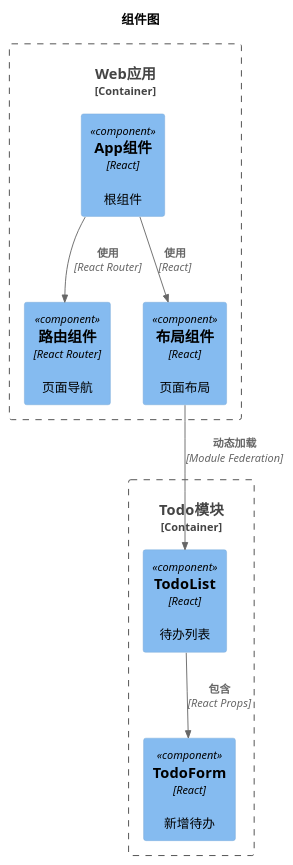
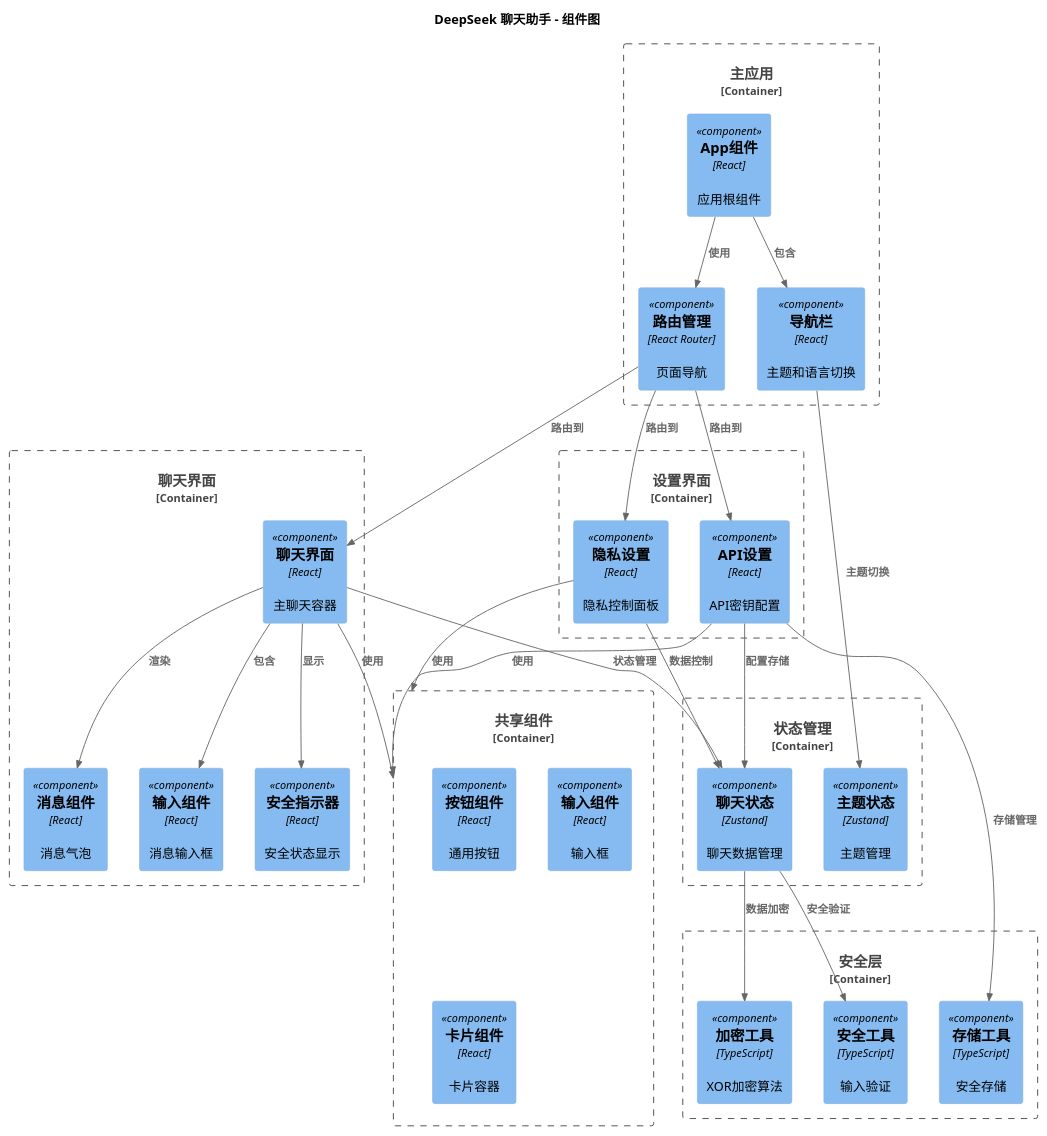
Before and after one commit to felixzhu97/micro-frontend-project: the diagram in docs/architecture/c4_component.puml, drawn with PlantUML. The commit also changed 4 other files, not shown here.

```diff
--- a/docs/architecture/c4_component.puml
+++ b/docs/architecture/c4_component.puml
@@ -1,21 +1,64 @@
 @startuml
 !include https://raw.githubusercontent.com/plantuml-stdlib/C4-PlantUML/master/C4_Component.puml
 
-title 组件图
+title DeepSeek 聊天助手 - 组件图
 
-Container_Boundary(web_app, "Web应用") {
-    Component(app, "App组件", "React", "根组件")
-    Component(router, "路由组件", "React Router", "页面导航")
-    Component(layout, "布局组件", "React", "页面布局")
+Container_Boundary(host_app, "主应用") {
+    Component(app, "App组件", "React", "应用根组件")
+    Component(router, "路由管理", "React Router", "页面导航")
+    Component(nav, "导航栏", "React", "主题和语言切换")
 }
 
-Container_Boundary(todo_module, "Todo模块") {
-    Component(todo_list, "TodoList", "React", "待办列表")
-    Component(todo_form, "TodoForm", "React", "新增待办")
+Container_Boundary(chat_ui, "聊天界面") {
+    Component(chat_interface, "聊天界面", "React", "主聊天容器")
+    Component(chat_message, "消息组件", "React", "消息气泡")
+    Component(chat_input, "输入组件", "React", "消息输入框")
+    Component(security_indicator, "安全指示器", "React", "安全状态显示")
 }
 
-Rel(app, router, "使用", "React Router")
-Rel(app, layout, "使用", "React")
-Rel(layout, todo_list, "动态加载", "Module Federation")
-Rel(todo_list, todo_form, "包含", "React Props")
+Container_Boundary(settings_ui, "设置界面") {
+    Component(api_settings, "API设置", "React", "API密钥配置")
+    Component(privacy_settings, "隐私设置", "React", "隐私控制面板")
+}
+
+Container_Boundary(state_layer, "状态管理") {
+    Component(chat_store, "聊天状态", "Zustand", "聊天数据管理")
+    Component(theme_store, "主题状态", "Zustand", "主题管理")
+}
+
+Container_Boundary(security_layer, "安全层") {
+    Component(crypto_utils, "加密工具", "TypeScript", "XOR加密算法")
+    Component(security_utils, "安全工具", "TypeScript", "输入验证")
+    Component(storage_utils, "存储工具", "TypeScript", "安全存储")
+}
+
+Container_Boundary(shared_components, "共享组件") {
+    Component(button, "按钮组件", "React", "通用按钮")
+    Component(input, "输入组件", "React", "输入框")
+    Component(card, "卡片组件", "React", "卡片容器")
+}
+
+Rel(app, router, "使用")
+Rel(app, nav, "包含")
+Rel(router, chat_interface, "路由到")
+Rel(router, api_settings, "路由到")
+Rel(router, privacy_settings, "路由到")
+
+Rel(chat_interface, chat_message, "渲染")
+Rel(chat_interface, chat_input, "包含")
+Rel(chat_interface, security_indicator, "显示")
+
+Rel(chat_interface, chat_store, "状态管理")
+Rel(api_settings, chat_store, "配置存储")
+Rel(privacy_settings, chat_store, "数据控制")
+Rel(nav, theme_store, "主题切换")
+
+Rel(chat_store, security_utils, "安全验证")
+Rel(chat_store, crypto_utils, "数据加密")
+Rel(api_settings, storage_utils, "存储管理")
+
+Rel(chat_interface, shared_components, "使用")
+Rel(api_settings, shared_components, "使用")
+Rel(privacy_settings, shared_components, "使用")
+
 @enduml
```
